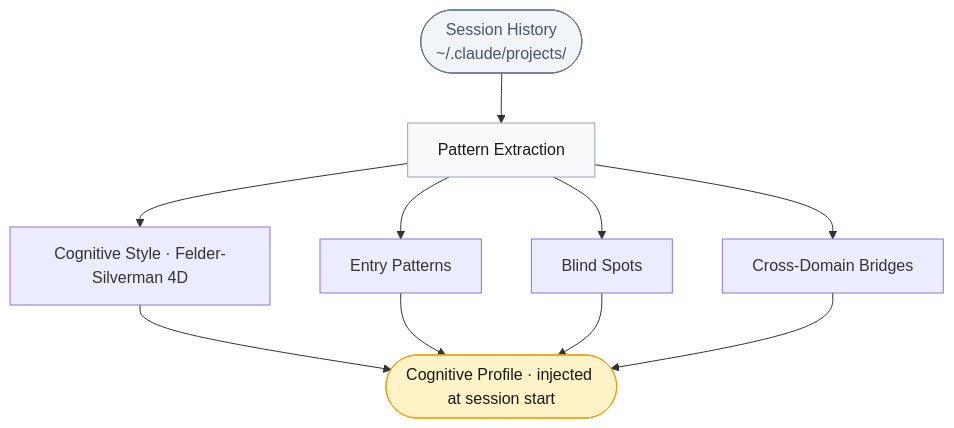
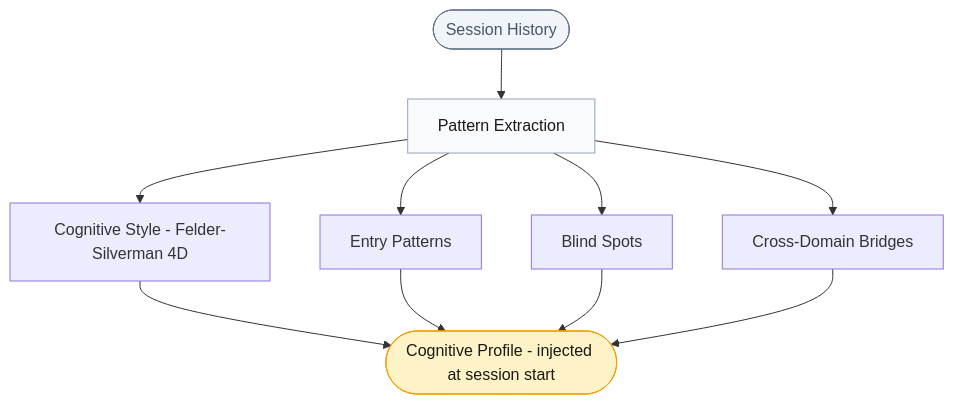
One commit to cdeust/Cortex changed the fifth of 7 diagrams in README.md. Above: the diagram before and after it, drawn with Mermaid. The commit also changed other lines of this file, not shown here.

First line of the commit message:
fix: remove emojis and special chars from mermaid charts

````diff
--- a/README.md
+++ b/README.md
@@ -264,17 +264,16 @@
 ```mermaid
 flowchart TD
-    S(["Session History
-    ~/.claude/projects/"]) --> P[Pattern Extraction]
-    P --> CS[Cognitive Style · Felder-Silverman 4D]
+    S(["Session History"]) --> P[Pattern Extraction]
+    P --> CS["Cognitive Style - Felder-Silverman 4D"]
     P --> EP[Entry Patterns]
     P --> BP[Blind Spots]
     P --> CB[Cross-Domain Bridges]
-    CS --> PR([Cognitive Profile · injected at session start])
+    CS --> PR(["Cognitive Profile - injected at session start"])
     EP --> PR
     BP --> PR
     CB --> PR
 
     style S fill:#f1f5f9,stroke:#64748b,color:#475569
     style P fill:#f8fafc,stroke:#94a3b8,color:#1c1917
     style PR fill:#fef3c7,stroke:#f59e0b,color:#1c1917
 ```
````
